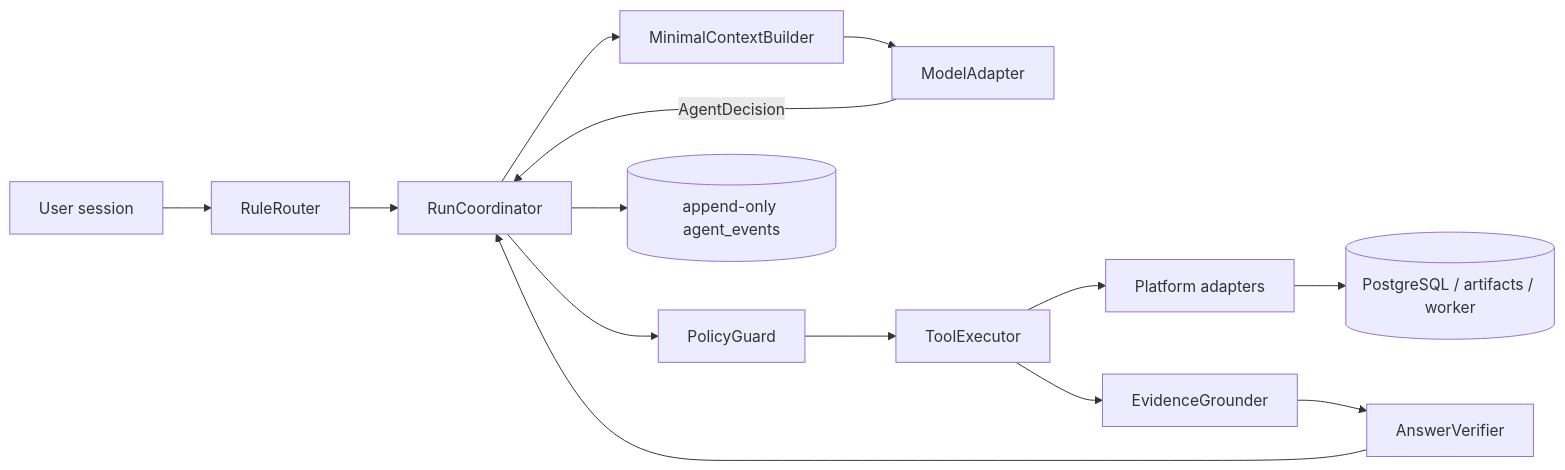
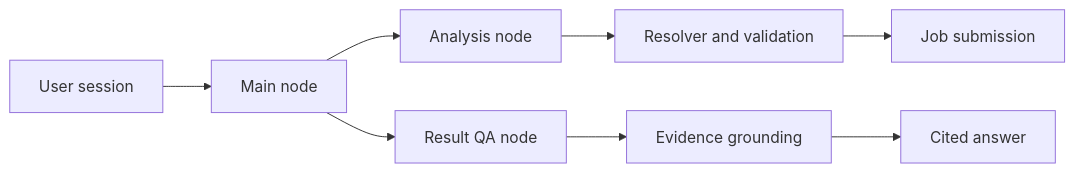
The diagram in README.md (duk111/omicsprism-platform), drawn with Mermaid before and after one commit. The commit also changed other lines of this file and 31 other files, not shown here.

````diff
--- a/README.md
+++ b/README.md
@@ -32,16 +29,10 @@
 ```mermaid
 flowchart LR
-    U[User session] --> R[RuleRouter]
-    R --> H[RunCoordinator]
-    H --> C[MinimalContextBuilder]
-    C --> M[ModelAdapter]
-    M -->|AgentDecision| H
-    H --> P[PolicyGuard]
-    P --> T[ToolExecutor]
-    T --> A[Platform adapters]
-    A --> D[(PostgreSQL / artifacts / worker)]
-    T --> G[EvidenceGrounder]
-    G --> V[AnswerVerifier]
-    V --> H
-    H --> E[(append-only agent_events)]
+    U[User session] --> M[Main node]
+    M --> A[Analysis node]
+    M --> Q[Result QA node]
+    A --> V[Resolver and validation]
+    V --> J[Job submission]
+    Q --> G[Evidence grounding]
+    G --> C[Cited answer]
 ```
````
